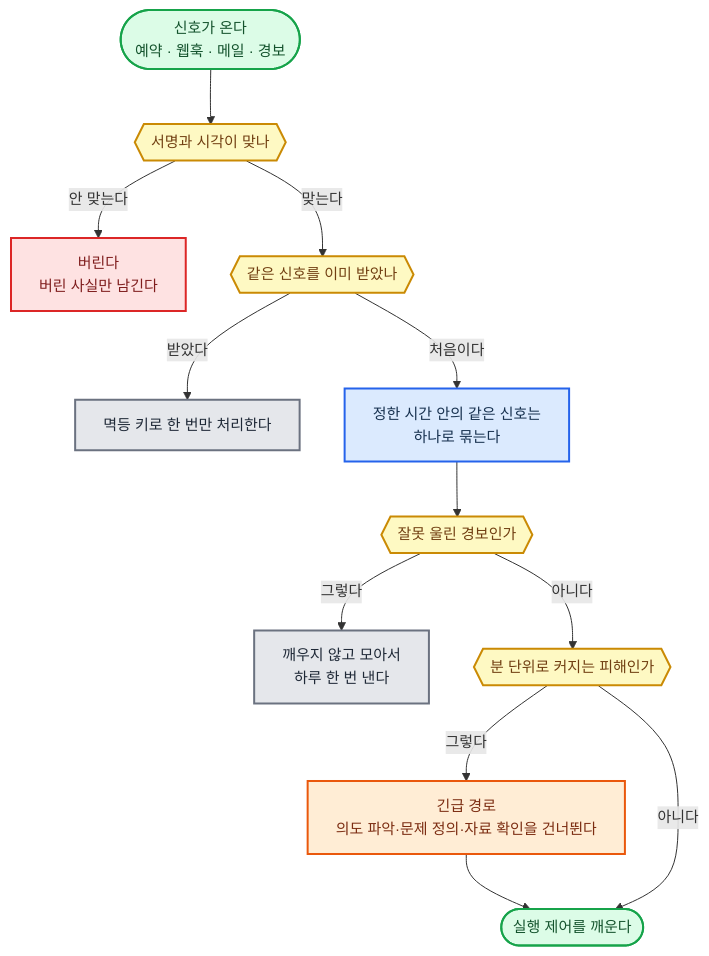
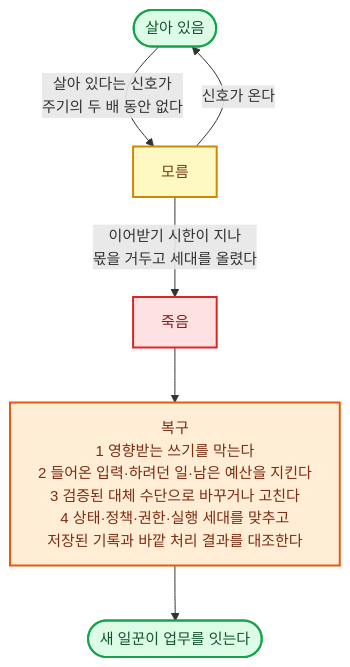
The fifth of 14 diagrams in 전문가 에이전트 정의 2.md (harisbaguette/expert), drawn with Mermaid before and after one commit. The commit also changed other lines of this file, not shown here.

````diff
--- a/전문가 에이전트 정의 2.md
+++ b/전문가 에이전트 정의 2.md
@@ -1089,30 +1063,17 @@
 ```mermaid
 %%{init: {"flowchart": {"wrappingWidth": 640, "curve": "basis", "nodeSpacing": 45, "rankSpacing": 55, "padding": 14, "useMaxWidth": true}, "themeVariables": {"fontSize": "15px"}} }%%
 flowchart TB
-    IN(["신호가 온다<br/>예약 · 웹훅 · 메일 · 경보"]):::good
-    SIG{{"서명과 시각이 맞나"}}:::note
-    DROP["버린다<br/>버린 사실만 남긴다"]:::stop
-    DUP{{"같은 신호를 이미 받았나"}}:::note
-    SKIP["멱등 키로 한 번만 처리한다"]:::store
-    BUNDLE["정한 시간 안의 같은 신호는<br/>하나로 묶는다"]:::main
-    FILTER{{"잘못 울린 경보인가"}}:::note
-    DAILY["깨우지 않고 모아서<br/>하루 한 번 낸다"]:::store
-    URG{{"분 단위로 커지는 피해인가"}}:::note
-    FAST["긴급 경로<br/>의도 파악·문제 정의·자료 확인을 건너뛴다"]:::back
-    WAKE(["실행 제어를 깨운다"]):::good
-    IN --> SIG
-    SIG -- "안 맞는다" --> DROP
-    SIG -- "맞는다" --> DUP
-    DUP -- "받았다" --> SKIP
-    DUP -- "처음이다" --> BUNDLE --> FILTER
-    FILTER -- "그렇다" --> DAILY
-    FILTER -- "아니다" --> URG
-    URG -- "그렇다" --> FAST --> WAKE
-    URG -- "아니다" --> WAKE
-    classDef main fill:#dbeafe,stroke:#2563eb,stroke-width:2px,color:#17314f
+    A(["살아 있음"]):::good
+    U["모름"]:::note
+    D["죽음"]:::stop
+    R["복구<br/>1 영향받는 쓰기를 막는다<br/>2 들어온 입력·하려던 일·남은 예산을 지킨다<br/>3 검증된 대체 수단으로 바꾸거나 고친다<br/>4 상태·정책·권한·실행 세대를 맞추고<br/>저장된 기록과 바깥 처리 결과를 대조한다"]:::back
+    N(["새 일꾼이 업무를 잇는다"]):::good
+    A -- "살아 있다는 신호가<br/>주기의 두 배 동안 없다" --> U
+    U -- "신호가 온다" --> A
+    U -- "이어받기 시한이 지나<br/>몫을 거두고 세대를 올렸다" --> D
+    D --> R --> N
+    classDef good fill:#dcfce7,stroke:#16a34a,stroke-width:2px,color:#14532d
+    classDef note fill:#fef9c3,stroke:#ca8a04,stroke-width:2px,color:#713f12
     classDef stop fill:#fee2e2,stroke:#dc2626,stroke-width:2px,color:#7f1d1d
     classDef back fill:#ffedd5,stroke:#ea580c,stroke-width:2px,color:#7c2d12
-    classDef store fill:#e5e7eb,stroke:#6b7280,stroke-width:2px,color:#1f2937
-    classDef good fill:#dcfce7,stroke:#16a34a,stroke-width:2px,color:#14532d
-    classDef note fill:#fef9c3,stroke:#ca8a04,stroke-width:2px,color:#713f12
 ```
````
